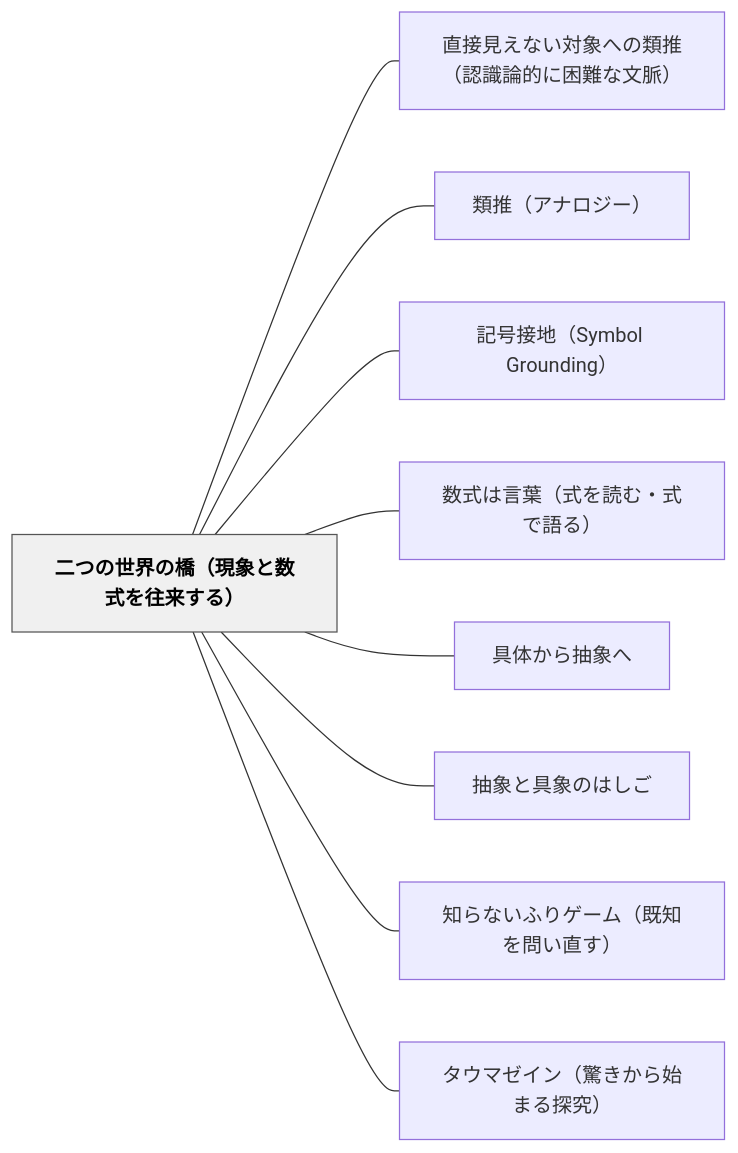
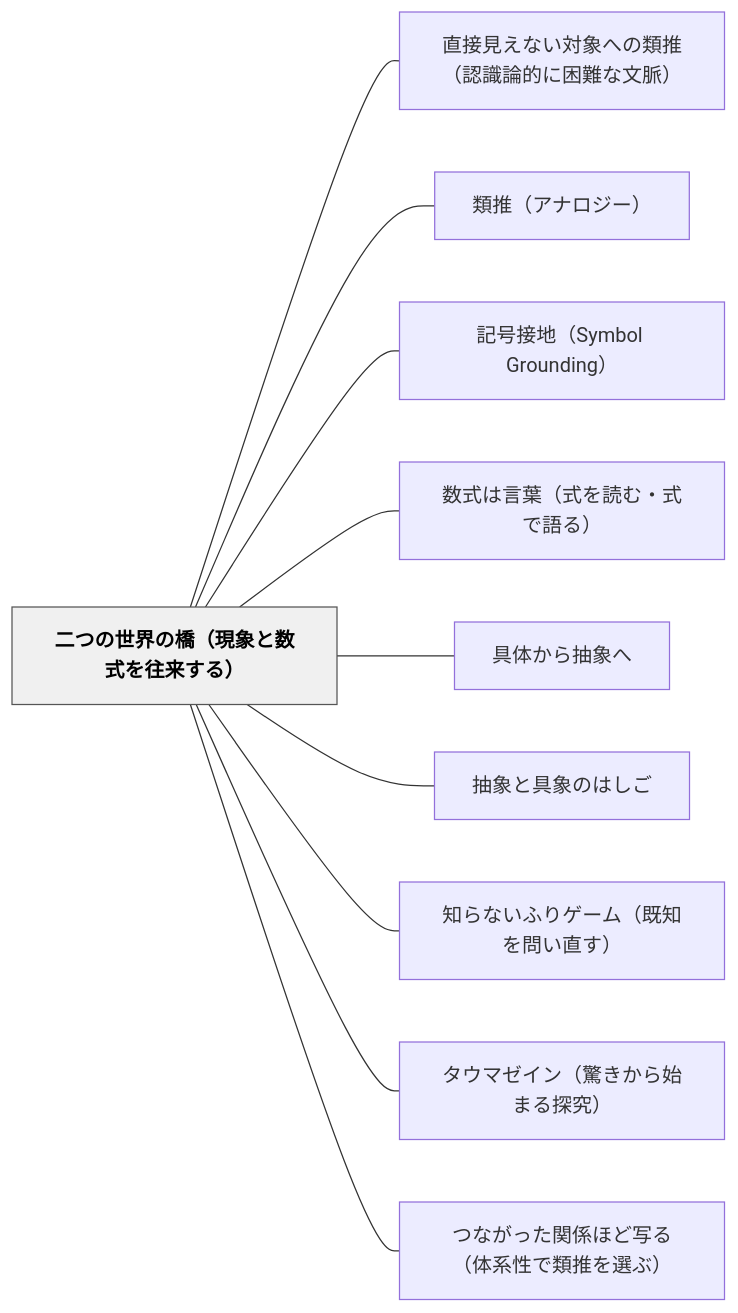
The diagram in content/パタン/二つの世界の橋（現象と数式を往来する）.md (unknownthings-ed-patterns/unknownthings-ed-patterns), drawn with Mermaid before and after one commit. The commit also changed other lines of this file and 15 other files, not shown here.

````diff
--- a/content/パタン/二つの世界の橋（現象と数式を往来する）.md
+++ b/content/パタン/二つの世界の橋（現象と数式を往来する）.md
@@ -164,24 +168,26 @@
 ```mermaid
 flowchart LR
     ne4ba8ce381a4e381aee4b896e7958ce381aee6a98befbc88e78fbee8b1a1e381a8e695b0e5bc8fe38292e5be80e69da5e38199e3828befbc89["二つの世界の橋（現象と数式を往来する）"]
     ne79bb4e68ea5e8a68be38188e381aae38184e5afbee8b1a1e381b8e381aee9a19ee68ea8efbc88e8aa8de8ad98e8ab96e79a84e381abe59bb0e99ba3e381aae69687e88488efbc89["直接見えない対象への類推（認識論的に困難な文脈）"]
     ne9a19ee68ea8efbc88e382a2e3838ae383ade382b8e383bcefbc89["類推（アナロジー）"]
     ne8a898e58fb7e68ea5e59cb0efbc8853796d626f6c2047726f756e64696e67efbc89["記号接地（Symbol Grounding）"]
     ne695b0e5bc8fe381afe8a880e89189efbc88e5bc8fe38292e8aaade38280e383bbe5bc8fe381a7e8aa9ee3828befbc89["数式は言葉（式を読む・式で語る）"]
     ne585b7e4bd93e3818be38289e68abde8b1a1e381b8["具体から抽象へ"]
     ne68abde8b1a1e381a8e585b7e8b1a1e381aee381afe38197e38194["抽象と具象のはしご"]
     ne79fa5e38289e381aae38184e381b5e3828ae382b2e383bce383a0efbc88e697a2e79fa5e38292e5958fe38184e79bb4e38199efbc89["知らないふりゲーム（既知を問い直す）"]
     ne382bfe382a6e3839ee382bce382a4e383b3efbc88e9a99ae3818de3818be38289e5a78be381bee3828be68ea2e7a9b6efbc89["タウマゼイン（驚きから始まる探究）"]
+    ne381a4e381aae3818ce381a3e3819fe996a2e4bf82e381bbe381a9e58699e3828befbc88e4bd93e7b3bbe680a7e381a7e9a19ee68ea8e38292e981b8e381b6efbc89["つながった関係ほど写る（体系性で類推を選ぶ）"]
 
     ne4ba8ce381a4e381aee4b896e7958ce381aee6a98befbc88e78fbee8b1a1e381a8e695b0e5bc8fe38292e5be80e69da5e38199e3828befbc89 --- ne79bb4e68ea5e8a68be38188e381aae38184e5afbee8b1a1e381b8e381aee9a19ee68ea8efbc88e8aa8de8ad98e8ab96e79a84e381abe59bb0e99ba3e381aae69687e88488efbc89
     ne4ba8ce381a4e381aee4b896e7958ce381aee6a98befbc88e78fbee8b1a1e381a8e695b0e5bc8fe38292e5be80e69da5e38199e3828befbc89 --- ne9a19ee68ea8efbc88e382a2e3838ae383ade382b8e383bcefbc89
     ne4ba8ce381a4e381aee4b896e7958ce381aee6a98befbc88e78fbee8b1a1e381a8e695b0e5bc8fe38292e5be80e69da5e38199e3828befbc89 --- ne8a898e58fb7e68ea5e59cb0efbc8853796d626f6c2047726f756e64696e67efbc89
     ne4ba8ce381a4e381aee4b896e7958ce381aee6a98befbc88e78fbee8b1a1e381a8e695b0e5bc8fe38292e5be80e69da5e38199e3828befbc89 --- ne695b0e5bc8fe381afe8a880e89189efbc88e5bc8fe38292e8aaade38280e383bbe5bc8fe381a7e8aa9ee3828befbc89
     ne4ba8ce381a4e381aee4b896e7958ce381aee6a98befbc88e78fbee8b1a1e381a8e695b0e5bc8fe38292e5be80e69da5e38199e3828befbc89 --- ne585b7e4bd93e3818be38289e68abde8b1a1e381b8
     ne4ba8ce381a4e381aee4b896e7958ce381aee6a98befbc88e78fbee8b1a1e381a8e695b0e5bc8fe38292e5be80e69da5e38199e3828befbc89 --- ne68abde8b1a1e381a8e585b7e8b1a1e381aee381afe38197e38194
     ne4ba8ce381a4e381aee4b896e7958ce381aee6a98befbc88e78fbee8b1a1e381a8e695b0e5bc8fe38292e5be80e69da5e38199e3828befbc89 --- ne79fa5e38289e381aae38184e381b5e3828ae382b2e383bce383a0efbc88e697a2e79fa5e38292e5958fe38184e79bb4e38199efbc89
     ne4ba8ce381a4e381aee4b896e7958ce381aee6a98befbc88e78fbee8b1a1e381a8e695b0e5bc8fe38292e5be80e69da5e38199e3828befbc89 --- ne382bfe382a6e3839ee382bce382a4e383b3efbc88e9a99ae3818de3818be38289e5a78be381bee3828be68ea2e7a9b6efbc89
+    ne4ba8ce381a4e381aee4b896e7958ce381aee6a98befbc88e78fbee8b1a1e381a8e695b0e5bc8fe38292e5be80e69da5e38199e3828befbc89 --- ne381a4e381aae3818ce381a3e3819fe996a2e4bf82e381bbe381a9e58699e3828befbc88e4bd93e7b3bbe680a7e381a7e9a19ee68ea8e38292e981b8e381b6efbc89
 
     classDef hub fill:#f0f0f0,stroke:#555,color:#000,font-weight:bold
     class ne4ba8ce381a4e381aee4b896e7958ce381aee6a98befbc88e78fbee8b1a1e381a8e695b0e5bc8fe38292e5be80e69da5e38199e3828befbc89 hub
 ```
````
